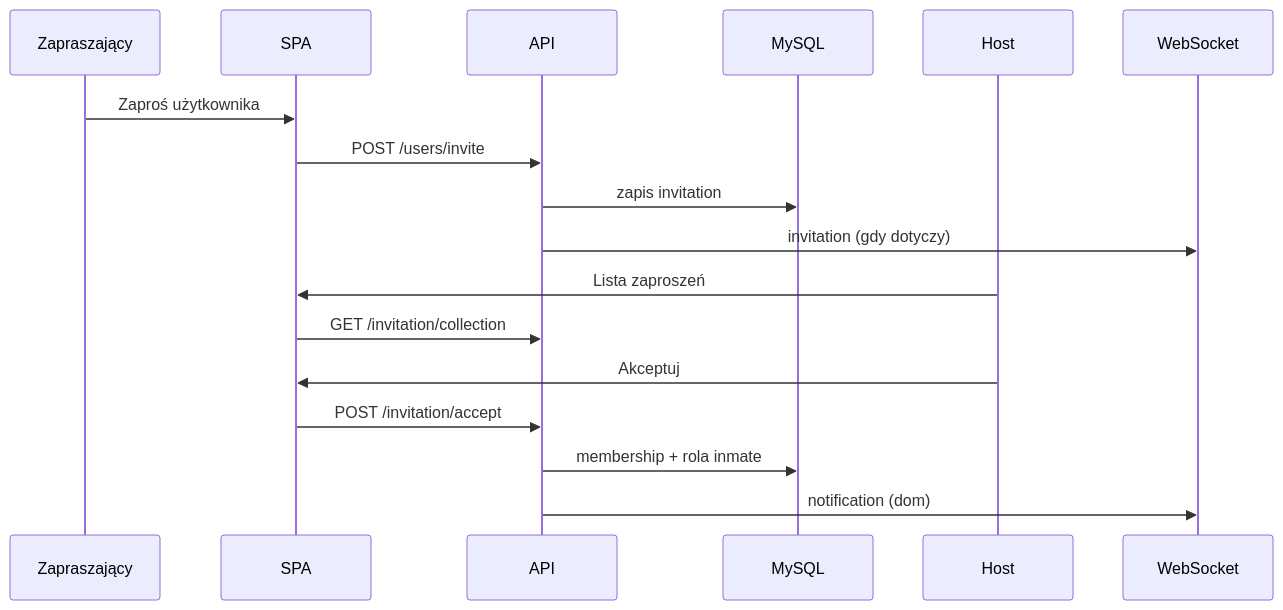
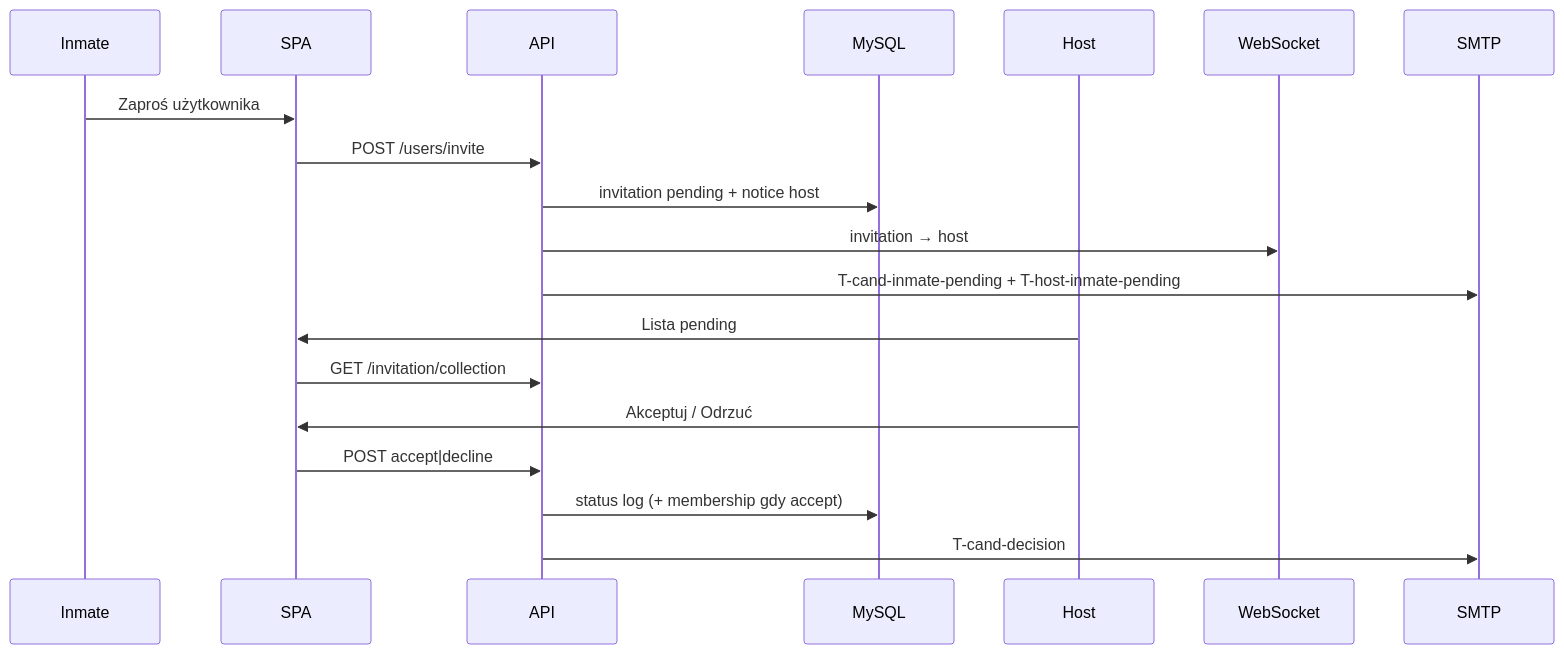
One commit to matej2314/home-budget-manager changed the third of 6 diagrams in docs/data_flow.md. Above: the diagram before and after it, drawn with Mermaid. The commit also changed other lines of this file and 26 other files, not shown here.

Commit message:
feat(transactions): enforce host/inmate delete authorization

````diff
--- a/docs/data_flow.md
+++ b/docs/data_flow.md
@@ -92,20 +99,22 @@
 ```mermaid
 sequenceDiagram
-  participant Inv as Zapraszający
+  participant Inv as Inmate
   participant SPA as SPA
   participant API as API
   participant DB as MySQL
   participant Host as Host
   participant WS as WebSocket
+  participant Mail as SMTP
 
   Inv->>SPA: Zaproś użytkownika
   SPA->>API: POST /users/invite
-  API->>DB: zapis invitation
-  API->>WS: invitation (gdy dotyczy)
-  Host->>SPA: Lista zaproszeń
+  API->>DB: invitation pending + notice host
+  API->>WS: invitation → host
+  API->>Mail: T-cand-inmate-pending + T-host-inmate-pending
+  Host->>SPA: Lista pending
   SPA->>API: GET /invitation/collection
-  Host->>SPA: Akceptuj
-  SPA->>API: POST /invitation/accept
-  API->>DB: membership + rola inmate
-  API->>WS: notification (dom)
+  Host->>SPA: Akceptuj / Odrzuć
+  SPA->>API: POST accept|decline
+  API->>DB: status log (+ membership gdy accept)
+  API->>Mail: T-cand-decision
 ```
````
